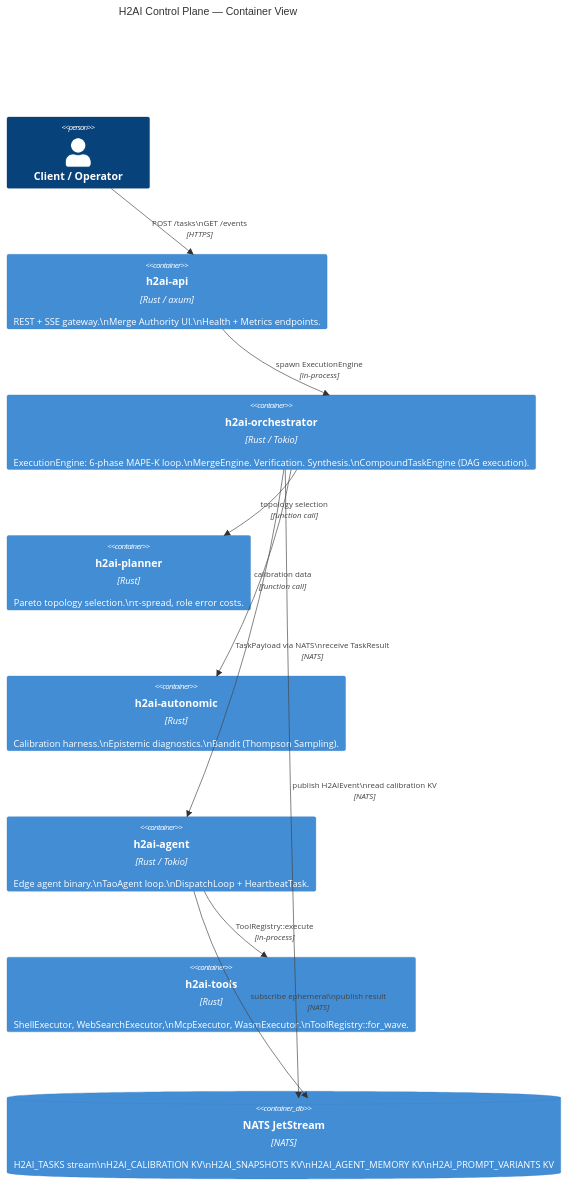
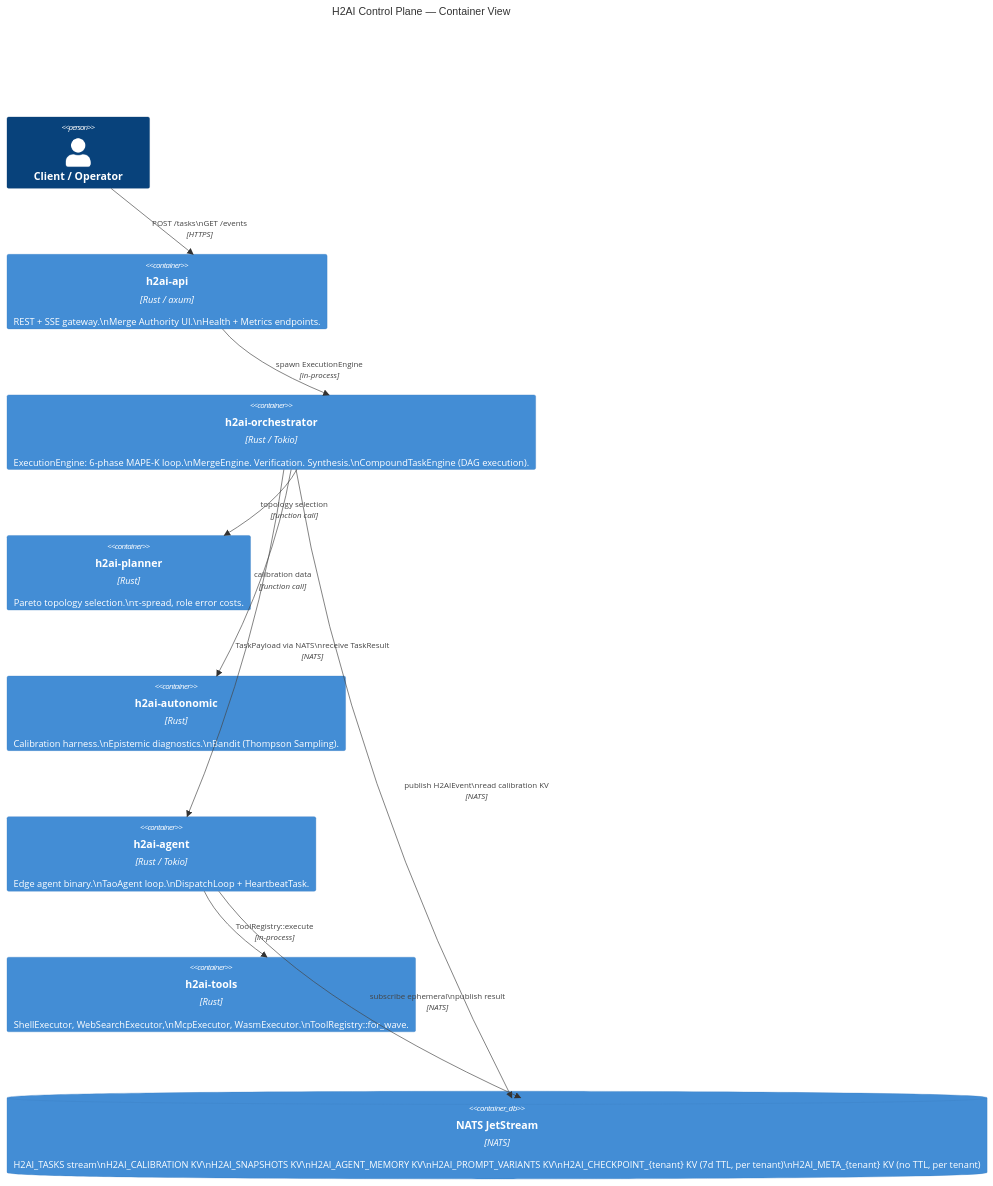
One commit to immediatus/h2ai-control-plane changed the second of 19 diagrams in docs/architecture/architecture.md. Above: the diagram before and after it, drawn with Mermaid. The commit also changed other lines of this file and 77 other files, not shown here.

````diff
--- a/docs/architecture/architecture.md
+++ b/docs/architecture/architecture.md
@@ -76,23 +76,23 @@
 ```mermaid
 C4Container
     title H2AI Control Plane — Container View
 
     Person(client, "Client / Operator")
 
     Container(api, "h2ai-api", "Rust / axum", "REST + SSE gateway.\nMerge Authority UI.\nHealth + Metrics endpoints.")
     Container(orchestrator, "h2ai-orchestrator", "Rust / Tokio", "ExecutionEngine: 6-phase MAPE-K loop.\nMergeEngine. Verification. Synthesis.\nCompoundTaskEngine (DAG execution).")
     Container(planner, "h2ai-planner", "Rust", "Pareto topology selection.\nτ-spread, role error costs.")
     Container(autonomic, "h2ai-autonomic", "Rust", "Calibration harness.\nEpistemic diagnostics.\nBandit (Thompson Sampling).")
     Container(agent, "h2ai-agent", "Rust / Tokio", "Edge agent binary.\nTaoAgent loop.\nDispatchLoop + HeartbeatTask.")
     Container(tools, "h2ai-tools", "Rust", "ShellExecutor, WebSearchExecutor,\nMcpExecutor, WasmExecutor.\nToolRegistry::for_wave.")
-    ContainerDb(nats_db, "NATS JetStream", "NATS", "H2AI_TASKS stream\nH2AI_CALIBRATION KV\nH2AI_SNAPSHOTS KV\nH2AI_AGENT_MEMORY KV\nH2AI_PROMPT_VARIANTS KV")
+    ContainerDb(nats_db, "NATS JetStream", "NATS", "H2AI_TASKS stream\nH2AI_CALIBRATION KV\nH2AI_SNAPSHOTS KV\nH2AI_AGENT_MEMORY KV\nH2AI_PROMPT_VARIANTS KV\nH2AI_CHECKPOINT_{tenant} KV (7d TTL, per tenant)\nH2AI_META_{tenant} KV (no TTL, per tenant)")
 
     Rel(client, api, "POST /tasks\nGET /events", "HTTPS")
     Rel(api, orchestrator, "spawn ExecutionEngine", "in-process")
     Rel(orchestrator, planner, "topology selection", "function call")
     Rel(orchestrator, autonomic, "calibration data", "function call")
     Rel(orchestrator, nats_db, "publish H2AIEvent\nread calibration KV", "NATS")
     Rel(orchestrator, agent, "TaskPayload via NATS\nreceive TaskResult", "NATS")
     Rel(agent, tools, "ToolRegistry::execute", "in-process")
     Rel(agent, nats_db, "subscribe ephemeral\npublish result", "NATS")
 ```
````
